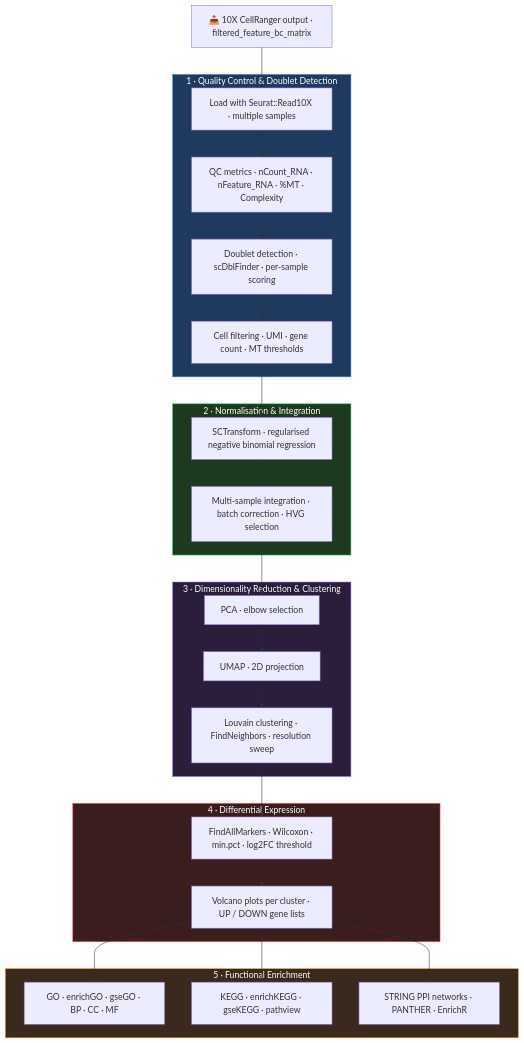
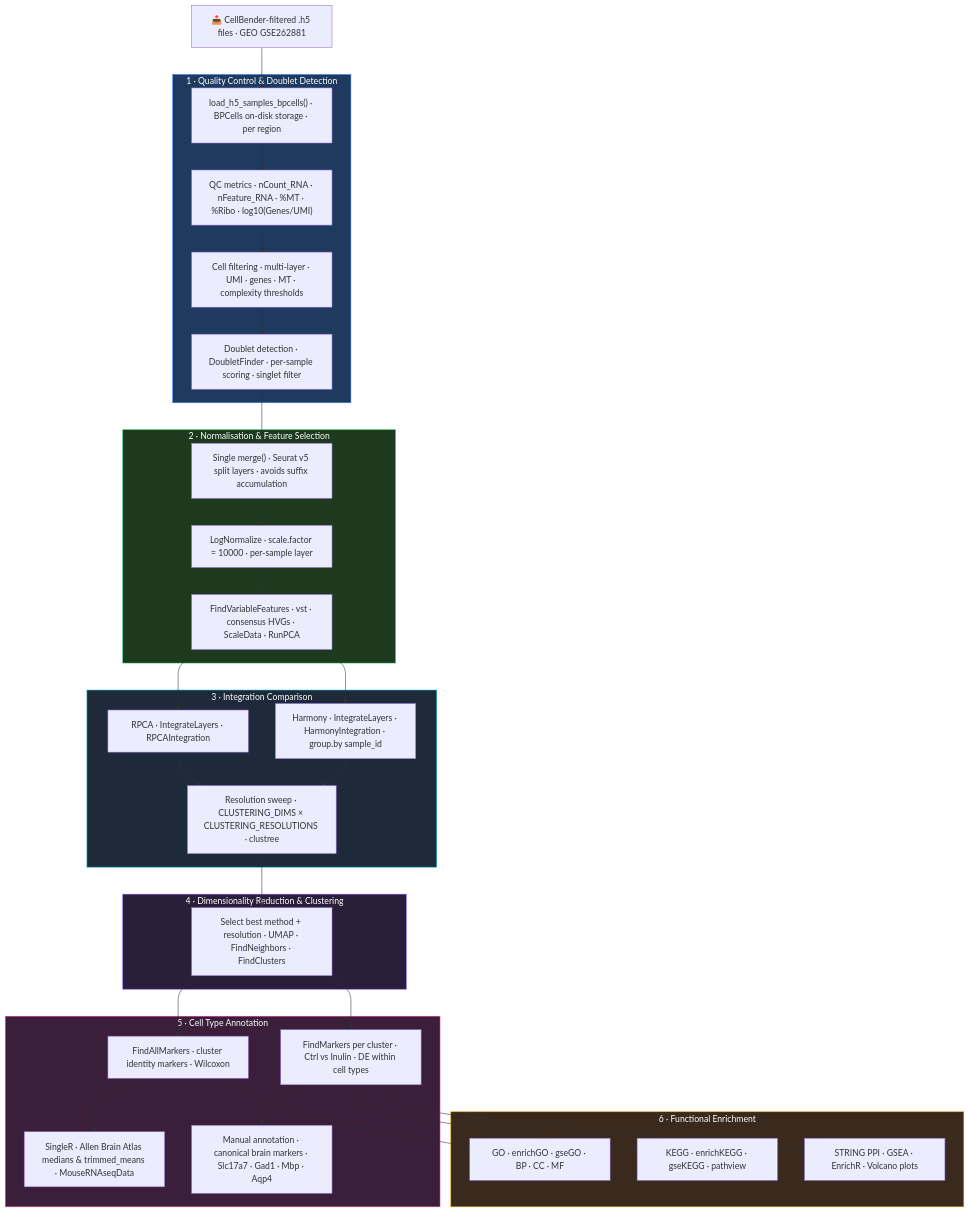
Before and after one commit to slopezbegines/snrnaseq_mouse: the diagram in README.md, drawn with Mermaid. The commit also changed other lines of this file, not shown here.

First line of the commit message:
update README to reflect GSE262881 pipeline and add verified references

````diff
--- a/README.md
+++ b/README.md
@@ -20,39 +20,48 @@
 ```mermaid
 flowchart TD
-    A["📥 10X CellRanger output · filtered_feature_bc_matrix"] --> B
+    A["📥 CellBender-filtered .h5 files · GEO GSE262881"] --> B
 
     subgraph QC ["1 · Quality Control & Doublet Detection"]
-        B["Load with Seurat::Read10X · multiple samples"]
-        B --> C["QC metrics · nCount_RNA · nFeature_RNA · %MT · Complexity"]
-        C --> D["Doublet detection · scDblFinder · per-sample scoring"]
-        D --> E["Cell filtering · UMI · gene count · MT thresholds"]
+        B["load_h5_samples_bpcells() · BPCells on-disk storage · per region"]
+        B --> C["QC metrics · nCount_RNA · nFeature_RNA · %MT · %Ribo · log10(Genes/UMI)"]
+        C --> D["Cell filtering · multi-layer · UMI · genes · MT · complexity thresholds"]
+        D --> E["Doublet detection · DoubletFinder · per-sample scoring · singlet filter"]
     end
 
-    subgraph NORM ["2 · Normalisation & Integration"]
-        E --> F["SCTransform · regularised negative binomial regression"]
-        F --> G["Multi-sample integration · batch correction · HVG selection"]
+    subgraph NORM ["2 · Normalisation & Feature Selection"]
+        E --> F["Single merge() · Seurat v5 split layers · avoids suffix accumulation"]
+        F --> G["LogNormalize · scale.factor = 10000 · per-sample layer"]
+        G --> H["FindVariableFeatures · vst · consensus HVGs · ScaleData · RunPCA"]
     end
 
-    subgraph DIM ["3 · Dimensionality Reduction & Clustering"]
-        G --> H["PCA · elbow selection"]
-        H --> I["UMAP · 2D projection"]
-        I --> J["Louvain clustering · FindNeighbors · resolution sweep"]
+    subgraph INT ["3 · Integration Comparison"]
+        H --> I["RPCA · IntegrateLayers · RPCAIntegration"]
+        H --> J["Harmony · IntegrateLayers · HarmonyIntegration · group.by sample_id"]
+        I --> K["Resolution sweep · CLUSTERING_DIMS × CLUSTERING_RESOLUTIONS · clustree"]
+        J --> K
     end
 
-    subgraph DE ["4 · Differential Expression"]
-        J --> K["FindAllMarkers · Wilcoxon · min.pct · log2FC threshold"]
-        K --> L["Volcano plots per cluster · UP / DOWN gene lists"]
+    subgraph DIM ["4 · Dimensionality Reduction & Clustering"]
+        K --> L["Select best method + resolution · UMAP · FindNeighbors · FindClusters"]
     end
 
-    subgraph ENRICH ["5 · Functional Enrichment"]
-        L --> M["GO · enrichGO · gseGO · BP · CC · MF"]
-        L --> N["KEGG · enrichKEGG · gseKEGG · pathview"]
-        L --> O["STRING PPI networks · PANTHER · EnrichR"]
+    subgraph ANNOT ["5 · Cell Type Annotation"]
+        L --> M["FindAllMarkers · cluster identity markers · Wilcoxon"]
+        L --> N["FindMarkers per cluster · Ctrl vs Inulin · DE within cell types"]
+        M --> O["SingleR · Allen Brain Atlas medians & trimmed_means · MouseRNAseqData"]
+        M --> P["Manual annotation · canonical brain markers · Slc17a7 · Gad1 · Mbp · Aqp4"]
+    end
+
+    subgraph ENRICH ["6 · Functional Enrichment"]
+        N --> Q["GO · enrichGO · gseGO · BP · CC · MF"]
+        N --> R["KEGG · enrichKEGG · gseKEGG · pathview"]
+        N --> S["STRING PPI · GSEA · EnrichR · Volcano plots"]
     end
 
     style QC fill:#1e3a5f,color:#fff,stroke:#3b82f6
     style NORM fill:#1e3a1e,color:#fff,stroke:#22c55e
+    style INT fill:#1e2a3a,color:#fff,stroke:#06b6d4
     style DIM fill:#2a1e3a,color:#fff,stroke:#8b5cf6
-    style DE fill:#3a1e1e,color:#fff,stroke:#ef4444
+    style ANNOT fill:#3a1e3a,color:#fff,stroke:#ec4899
     style ENRICH fill:#3a2a1e,color:#fff,stroke:#f59e0b
 ```
````
